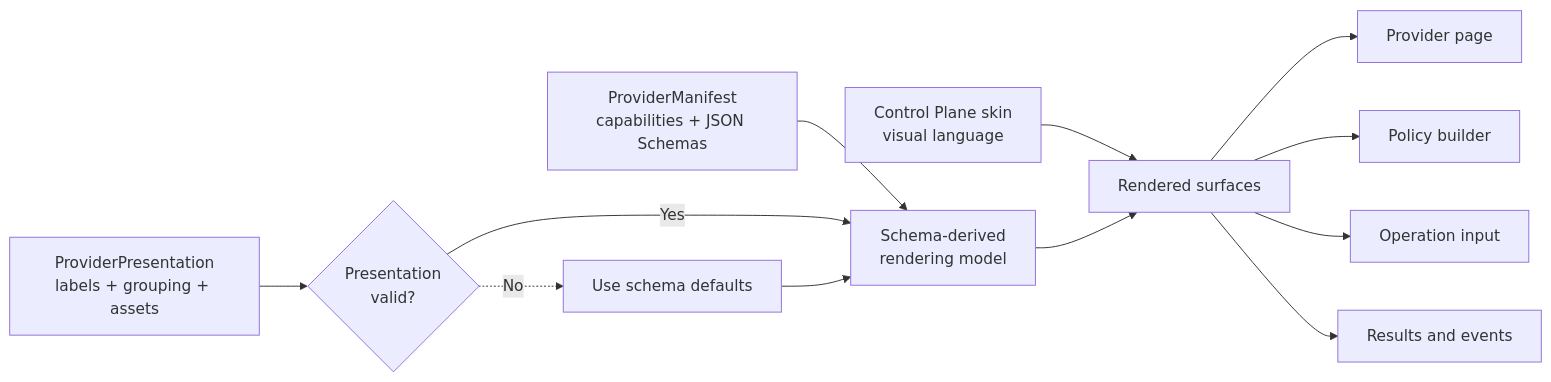
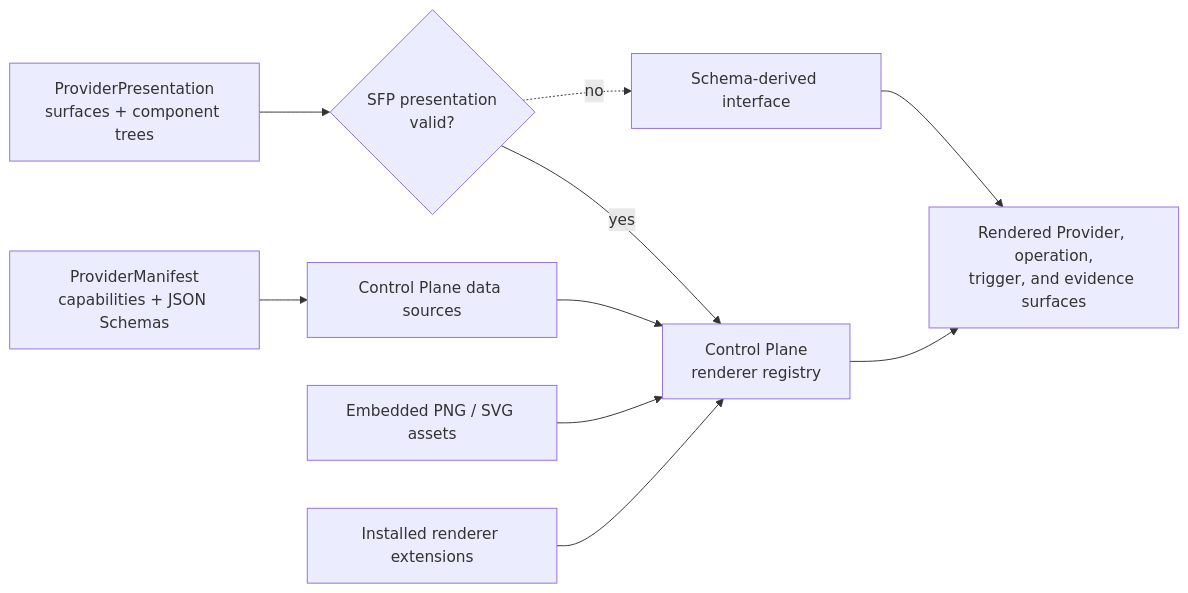
One commit to stateforge-org/stateforge-protocol changed the first of 2 diagrams in docs/v0.1.0/procedures/provider-presentation.md. Above: the diagram before and after it, drawn with Mermaid. The commit also changed other lines of this file and 16 other files, not shown here.

Commit message:
feat(manifest): define extensible provider presentation trees

````diff
--- a/docs/v0.1.0/procedures/provider-presentation.md
+++ b/docs/v0.1.0/procedures/provider-presentation.md
@@ -21,14 +15,12 @@
 ```mermaid
 flowchart LR
-    Manifest["ProviderManifest<br/>capabilities + JSON Schemas"] --> Model["Schema-derived<br/>rendering model"]
-    Presentation["ProviderPresentation<br/>labels + grouping + assets"] --> Validate{"Presentation<br/>valid?"}
-    Validate -->|Yes| Model
-    Validate -.->|No| Default["Use schema defaults"]
-    Default --> Model
-    Skin["Control Plane skin<br/>visual language"] --> Render["Rendered surfaces"]
-    Model --> Render
-    Render --> Provider["Provider page"]
-    Render --> Builder["Policy builder"]
-    Render --> Input["Operation input"]
-    Render --> Result["Results and events"]
+    Manifest["ProviderManifest<br/>capabilities + JSON Schemas"] --> Sources["Control Plane data sources"]
+    Presentation["ProviderPresentation<br/>surfaces + component trees"] --> Validate{"SFP presentation<br/>valid?"}
+    Validate -->|yes| Registry["Control Plane<br/>renderer registry"]
+    Validate -.->|no| Defaults["Schema-derived interface"]
+    Sources --> Registry
+    Assets["Embedded PNG / SVG assets"] --> Registry
+    Extensions["Installed renderer extensions"] --> Registry
+    Registry --> Render["Rendered Provider, operation,<br/>trigger, and evidence surfaces"]
+    Defaults --> Render
 ```
````
